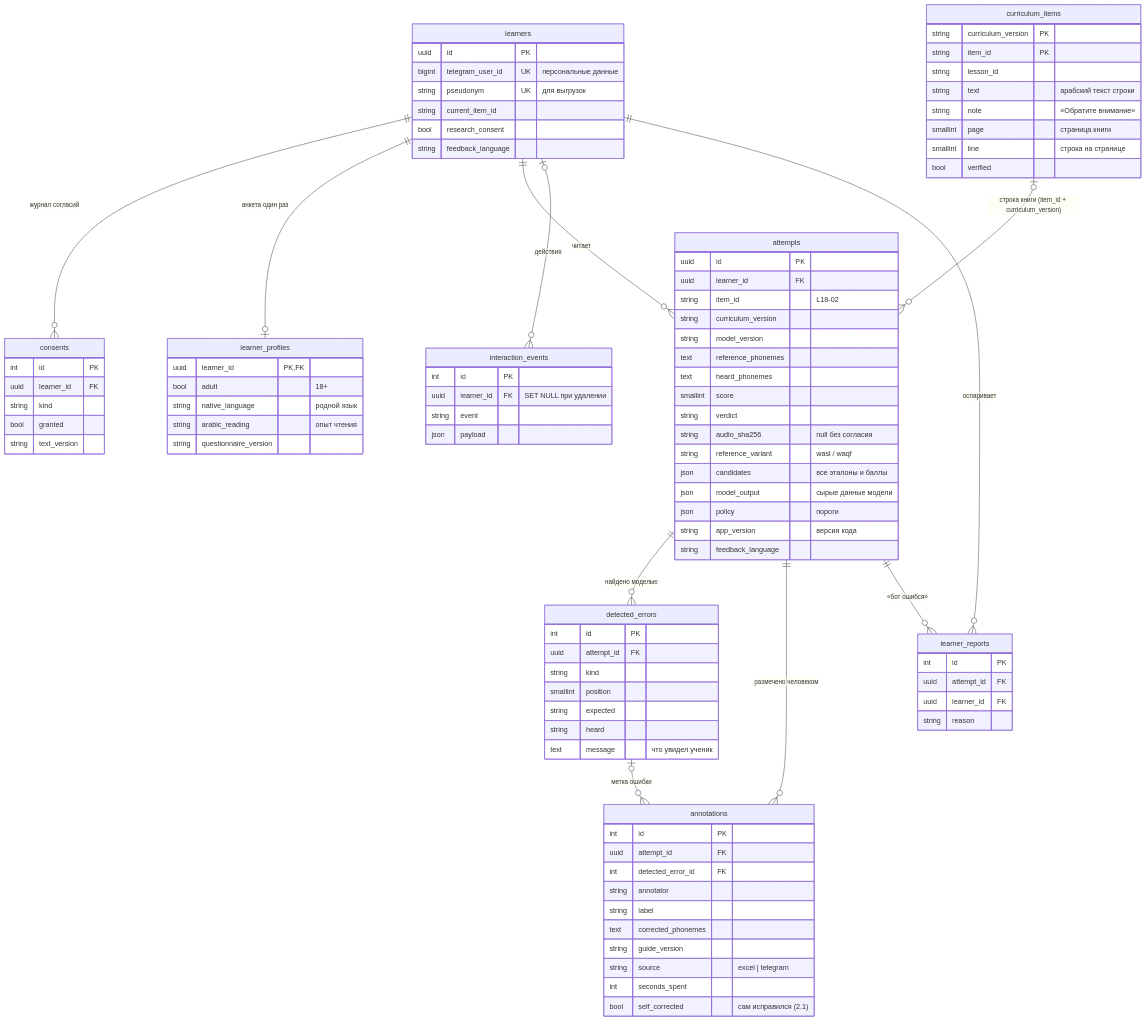
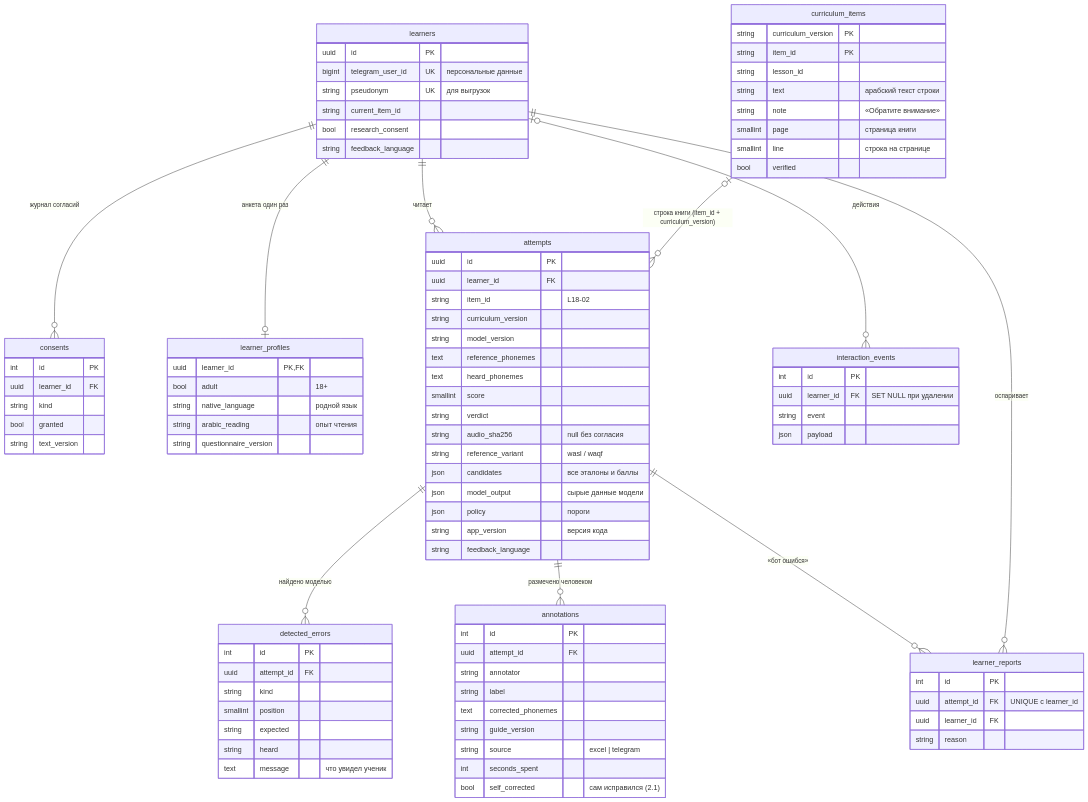
One commit to abdra04-gif/muallim changed the diagram in docs/architecture/diagrams/04-er.mmd. Above: the diagram before and after it, drawn with Mermaid. The commit also changed 26 other files, not shown here.

First line of the commit message:
data(db): защита в самой БД — допустимые значения, одна жалоба на попытку, без detected_error_id

```diff
--- a/docs/architecture/diagrams/04-er.mmd
+++ b/docs/architecture/diagrams/04-er.mmd
@@ -1,96 +1,94 @@
 %% Схема БД (подробно — docs/data/data-dictionary.md).
 erDiagram
     learners ||--o{ consents : "журнал согласий"
     learners ||--o| learner_profiles : "анкета один раз"
     learners ||--o{ attempts : "читает"
     learners |o--o{ interaction_events : "действия"
     attempts ||--o{ detected_errors : "найдено моделью"
     attempts ||--o{ annotations : "размечено человеком"
-    detected_errors |o--o{ annotations : "метка ошибки"
     attempts ||--o{ learner_reports : "«бот ошибся»"
     learners ||--o{ learner_reports : "оспаривает"
     curriculum_items |o--o{ attempts : "строка книги (item_id + curriculum_version)"
 
     learners {
         uuid id PK
         bigint telegram_user_id UK "персональные данные"
         string pseudonym UK "для выгрузок"
         string current_item_id
         bool research_consent
         string feedback_language
     }
     consents {
         int id PK
         uuid learner_id FK
         string kind
         bool granted
         string text_version
     }
     learner_profiles {
         uuid learner_id PK,FK
         bool adult "18+"
         string native_language "родной язык"
         string arabic_reading "опыт чтения"
         string questionnaire_version
     }
     attempts {
         uuid id PK
         uuid learner_id FK
         string item_id "L18-02"
         string curriculum_version
         string model_version
         text reference_phonemes
         text heard_phonemes
         smallint score
         string verdict
         string audio_sha256 "null без согласия"
         string reference_variant "wasl / waqf"
         json candidates "все эталоны и баллы"
         json model_output "сырые данные модели"
         json policy "пороги"
         string app_version "версия кода"
         string feedback_language
     }
     curriculum_items {
         string curriculum_version PK
         string item_id PK
         string lesson_id
         string text "арабский текст строки"
         string note "«Обратите внимание»"
         smallint page "страница книги"
         smallint line "строка на странице"
         bool verified
     }
     learner_reports {
         int id PK
-        uuid attempt_id FK
+        uuid attempt_id FK "UNIQUE с learner_id"
         uuid learner_id FK
         string reason
     }
     detected_errors {
         int id PK
         uuid attempt_id FK
         string kind
         smallint position
         string expected
         string heard
         text message "что увидел ученик"
     }
     annotations {
         int id PK
         uuid attempt_id FK
-        int detected_error_id FK
         string annotator
         string label
         text corrected_phonemes
         string guide_version
         string source "excel | telegram"
         int seconds_spent
         bool self_corrected "сам исправился (2.1)"
     }
     interaction_events {
         int id PK
         uuid learner_id FK "SET NULL при удалении"
         string event
         json payload
     }
```
